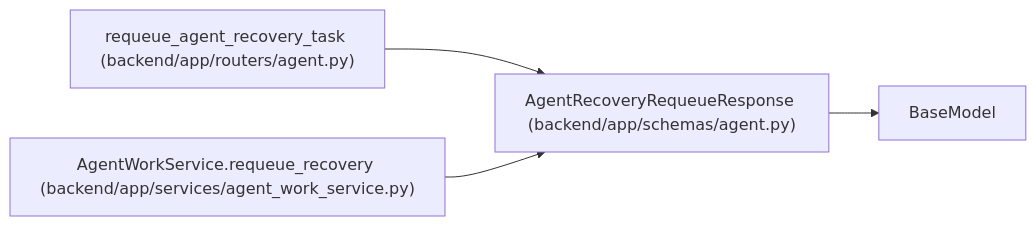
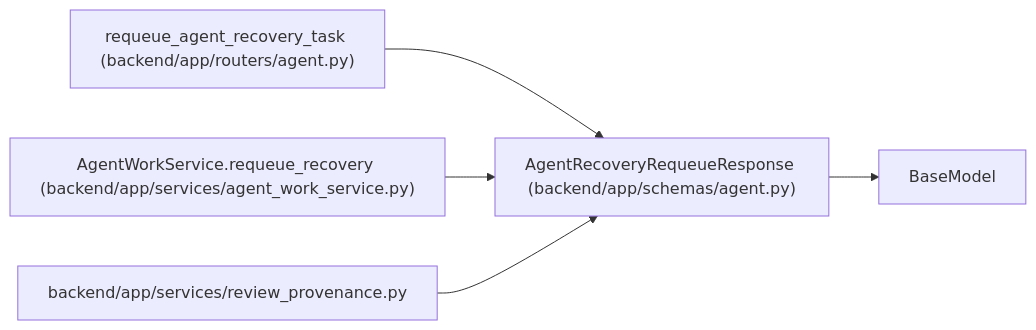
Before and after one commit to Denissvgn/WorkChord: the diagram in docs/llm_wiki/entities/AgentRecoveryRequeueResponse.md, drawn with Mermaid. The commit also changed other lines of this file and 563 other files, not shown here.

````diff
--- a/docs/llm_wiki/entities/AgentRecoveryRequeueResponse.md
+++ b/docs/llm_wiki/entities/AgentRecoveryRequeueResponse.md
@@ -28,13 +28,16 @@
 ```mermaid
 flowchart LR
     n0["AgentRecoveryRequeueResponse (backend/app/schemas/agent.py)"]
     n1["BaseModel"]
     n2["requeue_agent_recovery_task (backend/app/routers/agent.py)"]
     n3["AgentWorkService.requeue_recovery (backend/app/services/agent_work_service.py)"]
+    n4["backend/app/services/review_provenance.py"]
     n0 --> n1
     n2 --> n0
     n3 --> n0
+    n4 --> n0
     click n0 "../modules/schemas_agent.md"
     click n2 "../modules/routers_agent.md"
     click n3 "../modules/agent_work_service.md"
+    click n4 "../modules/review_provenance.md"
 ```
````
